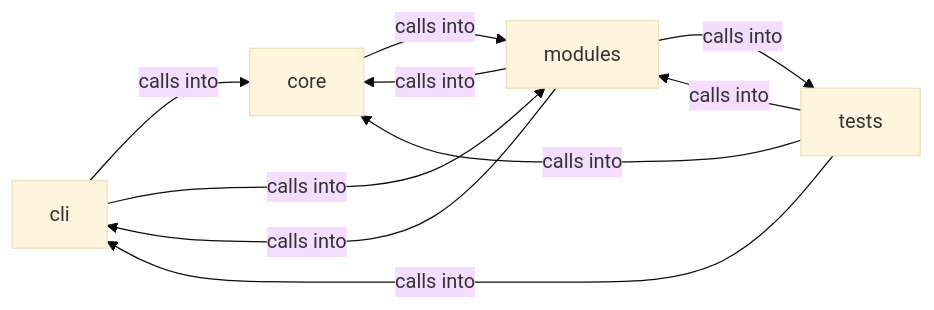
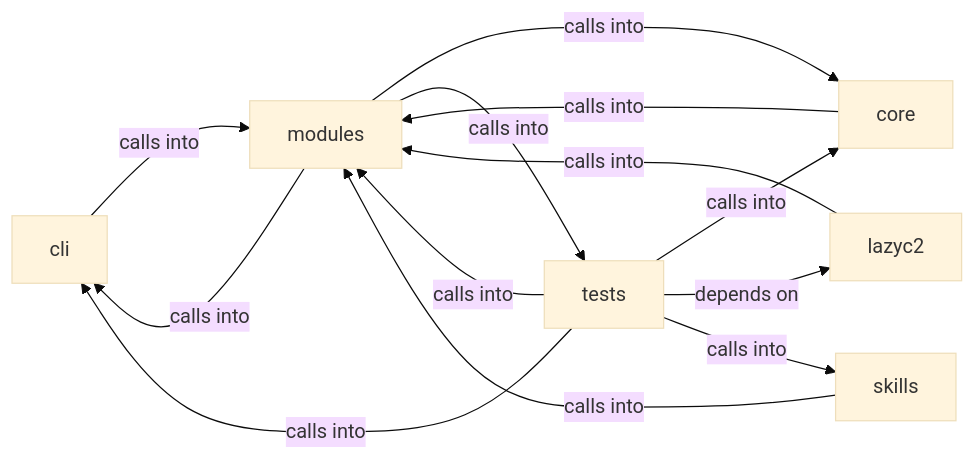
One commit to grisuno/LazyOwn changed the diagram in readmenator-diagrams/modules_lazy_loop.md. Above: the diagram before and after it, drawn with Mermaid (base theme). The commit also changed other lines of this file and 451 other files, not shown here.

````diff
--- a/readmenator-diagrams/modules_lazy_loop.md
+++ b/readmenator-diagrams/modules_lazy_loop.md
@@ -5,16 +5,21 @@
 ```mermaid
 graph LR
     cli["cli"]
     core["core"]
+    lazyc2["lazyc2"]
     modules["modules"]
+    skills["skills"]
     tests["tests"]
-    cli -- "calls into" --> core
     cli -- "calls into" --> modules
     core -- "calls into" --> modules
+    lazyc2 -- "calls into" --> modules
     modules -- "calls into" --> cli
     modules -- "calls into" --> core
     modules -- "calls into" --> tests
+    skills -- "calls into" --> modules
     tests -- "calls into" --> cli
     tests -- "calls into" --> core
+    tests -- "depends on" --> lazyc2
     tests -- "calls into" --> modules
+    tests -- "calls into" --> skills
 ```
````
